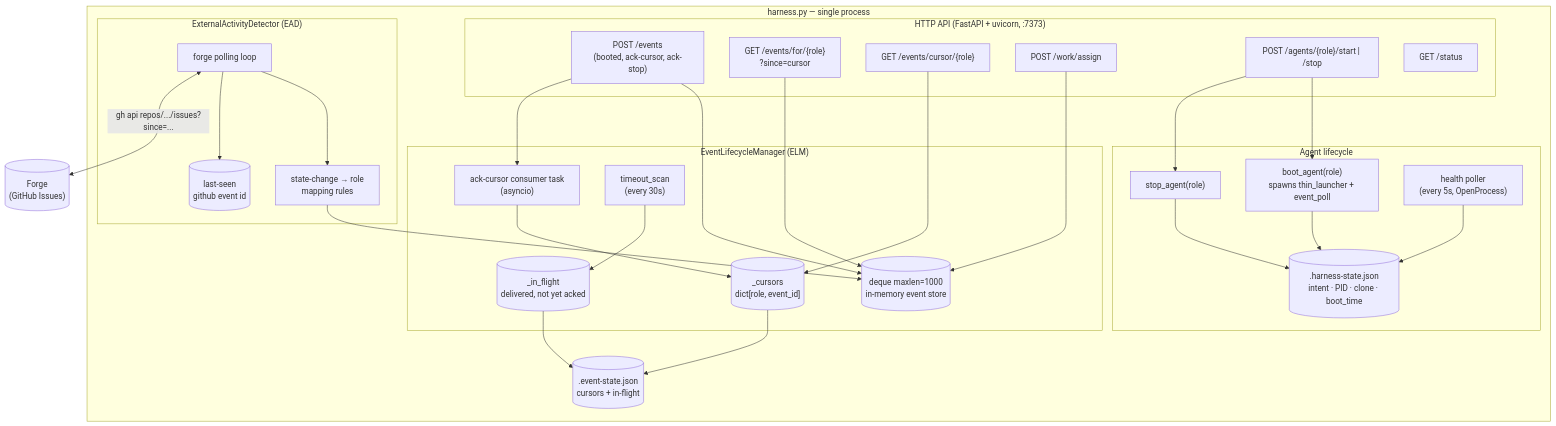
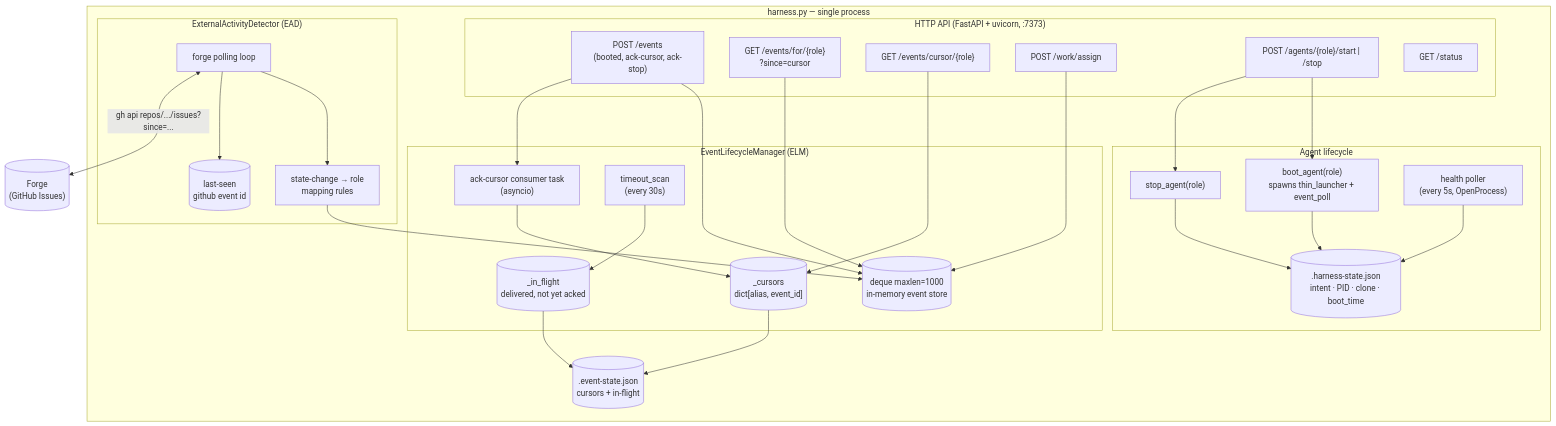
Before and after one commit to WallyDoodlez/SquidSquad: the fifth of 16 diagrams in docs/AGENT-RUNTIME.md, drawn with Mermaid. The commit also changed other lines of this file and 3 other files, not shown here.

````diff
--- a/docs/AGENT-RUNTIME.md
+++ b/docs/AGENT-RUNTIME.md
@@ -279,60 +279,60 @@
 ```mermaid
 flowchart TB
     subgraph harness_proc["harness.py — single process"]
         subgraph http["HTTP API (FastAPI + uvicorn, :7373)"]
             EmitEP["POST /events<br/>(booted, ack-cursor, ack-stop)"]
             ReadEP["GET /events/for/{role}<br/>?since=cursor"]
             CursorEP["GET /events/cursor/{role}"]
             AssignEP["POST /work/assign"]
             LifeEP["POST /agents/{role}/start | /stop"]
             StatusEP["GET /status"]
         end
 
         subgraph elm["EventLifecycleManager (ELM)"]
             Deque[("deque maxlen=1000<br/>in-memory event store")]
-            Cursors[("_cursors<br/>dict[role, event_id]")]
+            Cursors[("_cursors<br/>dict[alias, event_id]")]
             InFlight[("_in_flight<br/>delivered, not yet acked")]
             AckConsumer["ack-cursor consumer task<br/>(asyncio)"]
             Timeout["timeout_scan<br/>(every 30s)"]
         end
 
         subgraph ead_sub["ExternalActivityDetector (EAD)"]
             EAPoll["forge polling loop"]
             EAMap["state-change → role<br/>mapping rules"]
             EALast[("last-seen<br/>github event id")]
         end
 
         subgraph lifecycle["Agent lifecycle"]
             BootAgent["boot_agent(role)<br/>spawns thin_launcher + event_poll"]
             StopAgent["stop_agent(role)"]
             HealthPoll["health poller<br/>(every 5s, OpenProcess)"]
             LifeState[(".harness-state.json<br/>intent · PID · clone · boot_time")]
         end
 
         EventStateFile[(".event-state.json<br/>cursors + in-flight")]
     end
 
     EmitEP --> Deque
     EmitEP --> AckConsumer
     ReadEP --> Deque
     CursorEP --> Cursors
     AssignEP --> Deque
 
     AckConsumer --> Cursors
     Cursors --> EventStateFile
     InFlight --> EventStateFile
     Timeout --> InFlight
 
     LifeEP --> BootAgent
     LifeEP --> StopAgent
     BootAgent --> LifeState
     StopAgent --> LifeState
     HealthPoll --> LifeState
 
     EAPoll --> EAMap
     EAMap --> Deque
     EAPoll --> EALast
 
     Forge[("Forge<br/>(GitHub Issues)")]
     EAPoll <-- "gh api repos/.../issues?since=..." --> Forge
 ```
````
